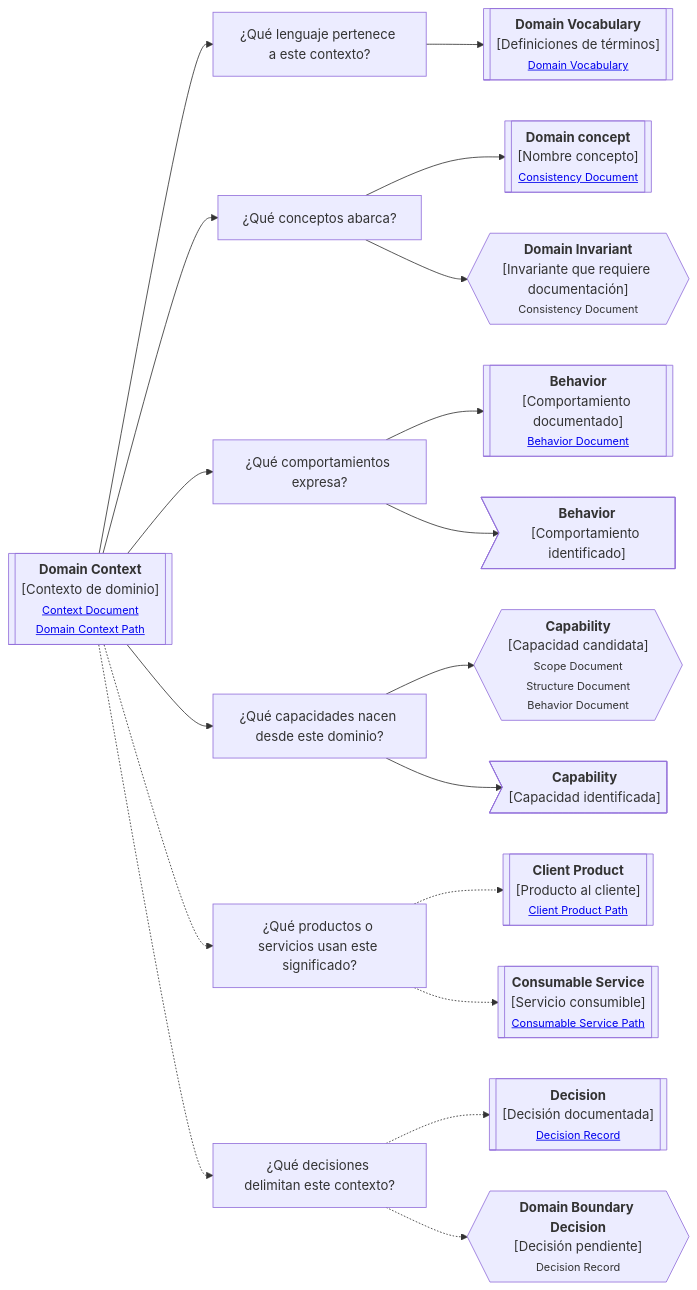
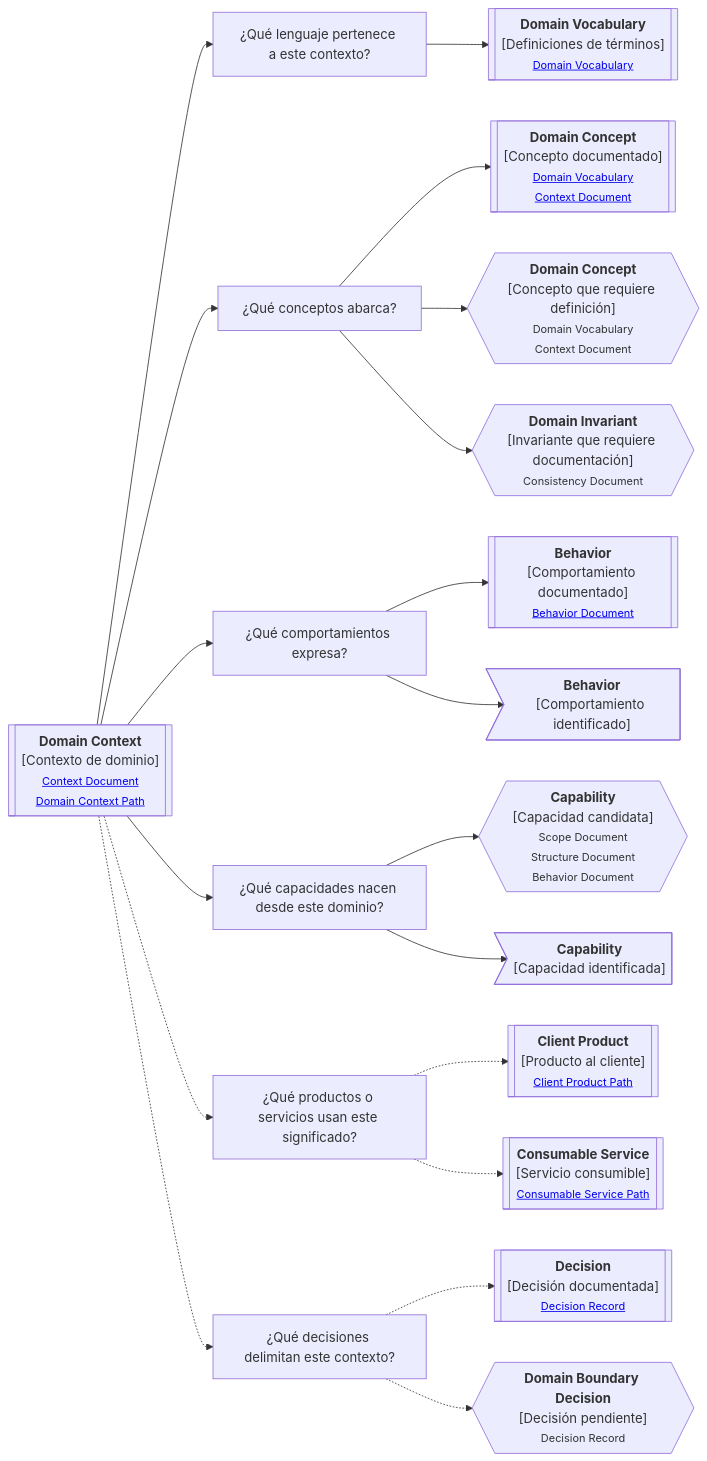
Before and after one commit to vslices/docs: the diagram in docs/es/alive-lab/research/notes/docs-standard/artifacts/continuity-paths/core/domain-context.md, drawn with Mermaid. The commit also changed other lines of this file and 10 other files, not shown here.

````diff
--- a/docs/es/alive-lab/research/notes/docs-standard/artifacts/continuity-paths/core/domain-context.md
+++ b/docs/es/alive-lab/research/notes/docs-standard/artifacts/continuity-paths/core/domain-context.md
@@ -56,45 +39,29 @@
 ```mermaid
 flowchart LR
     A[["<b>Domain Context</b><br/>[Contexto de dominio]<br/><small><a href='link'>Context Document</a><br/><a href='link'>Domain Context Path</a></small>"]]
 
-    P1["¿Qué lenguaje pertenece a este contexto?"]
-    P2["¿Qué conceptos abarca?"]
-    P3["¿Qué comportamientos expresa?"]
-    P4["¿Qué capacidades nacen desde este dominio?"]
-    P5["¿Qué productos o servicios usan este significado?"]
-    P6["¿Qué decisiones delimitan este contexto?"]
+    A --> P1["¿Qué lenguaje pertenece a este contexto?"]
+    A --> P2["¿Qué conceptos abarca?"]
+    A --> P3["¿Qué comportamientos expresa?"]
+    A --> P4["¿Qué capacidades nacen desde este dominio?"]
+    A -.-> P5["¿Qué productos o servicios usan este significado?"]
+    A -.-> P6["¿Qué decisiones delimitan este contexto?"]
 
-    L1[["<b>Domain Vocabulary</b><br/>[Definiciones de términos]<br/><small><a href='link'>Domain Vocabulary</a></small>"]]
-    
-    R1[["<b>Domain concept</b><br/>[Nombre concepto]<br/><small><a href='link'>Consistency Document</a></small>"]]
-    R2{{"<b>Domain Invariant</b><br/>[Invariante que requiere documentación]<br/><small>Consistency Document</small>"}}
+    P1 --> L1[["<b>Domain Vocabulary</b><br/>[Definiciones de términos]<br/><small><a href='link'>Domain Vocabulary</a></small>"]]
 
-    B1[["<b>Behavior</b><br/>[Comportamiento documentado]<br/><small><a href='link'>Behavior Document</a></small>"]]
-    B2>"<b>Behavior</b><br/>[Comportamiento identificado]"]
+    P2 --> C1[["<b>Domain Concept</b><br/>[Concepto documentado]<br/><small><a href='link'>Domain Vocabulary</a><br/><a href='link'>Context Document</a></small>"]]
+    P2 --> C2{{"<b>Domain Concept</b><br/>[Concepto que requiere definición]<br/><small>Domain Vocabulary<br/>Context Document</small>"}}
+    P2 --> I1{{"<b>Domain Invariant</b><br/>[Invariante que requiere documentación]<br/><small>Consistency Document</small>"}}
 
-    C1{{"<b>Capability</b><br/>[Capacidad candidata]<br/><small>Scope Document<br/>Structure Document<br/>Behavior Document</small>"}}
-    C2>"<b>Capability</b><br/>[Capacidad identificada]"]
+    P3 --> B1[["<b>Behavior</b><br/>[Comportamiento documentado]<br/><small><a href='link'>Behavior Document</a></small>"]]
+    P3 --> B2>"<b>Behavior</b><br/>[Comportamiento identificado]"]
 
-    Pdt[["<b>Client Product</b><br/>[Producto al cliente]<br/><small><a href='link'>Client Product Path</a></small>"]]
-    Svc[["<b>Consumable Service</b><br/>[Servicio consumible]<br/><small><a href='link'>Consumable Service Path</a></small>"]]
+    P4 --> CA1{{"<b>Capability</b><br/>[Capacidad candidata]<br/><small>Scope Document<br/>Structure Document<br/>Behavior Document</small>"}}
+    P4 --> CA2>"<b>Capability</b><br/>[Capacidad identificada]"]
 
-    D1[["<b>Decision</b><br/>[Decisión documentada]<br/><small><a href='link'>Decision Record</a></small>"]]
-    D2{{"<b>Domain Boundary Decision</b><br/>[Decisión pendiente]<br/><small>Decision Record</small>"}}
+    P5 -.-> Pdt[["<b>Client Product</b><br/>[Producto al cliente]<br/><small><a href='link'>Client Product Path</a></small>"]]
+    P5 -.-> Svc[["<b>Consumable Service</b><br/>[Servicio consumible]<br/><small><a href='link'>Consumable Service Path</a></small>"]]
 
-    A --> P1 --> L1
-
-    A --> P2
-    P2 --> R1 & R2
-
-    A --> P3
-    P3 --> B1 & B2
-
-    A --> P4
-    P4 --> C1 & C2
-
-    A -.-> P5
-    P5 -.-> Pdt & Svc
-
-    A -.-> P6
-    P6 -.-> D1 & D2
+    P6 -.-> D1[["<b>Decision</b><br/>[Decisión documentada]<br/><small><a href='link'>Decision Record</a></small>"]]
+    P6 -.-> D2{{"<b>Domain Boundary Decision</b><br/>[Decisión pendiente]<br/><small>Decision Record</small>"}}
 ```
````
